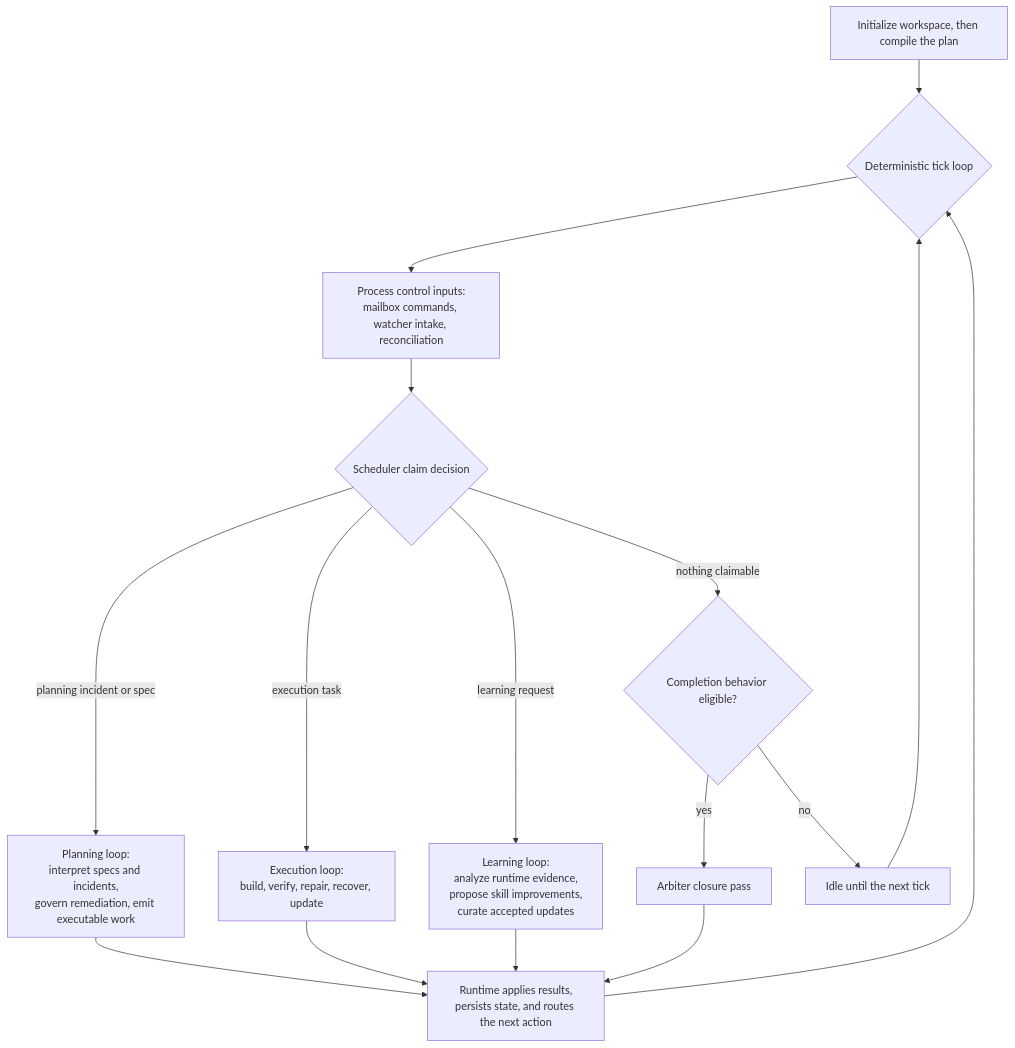
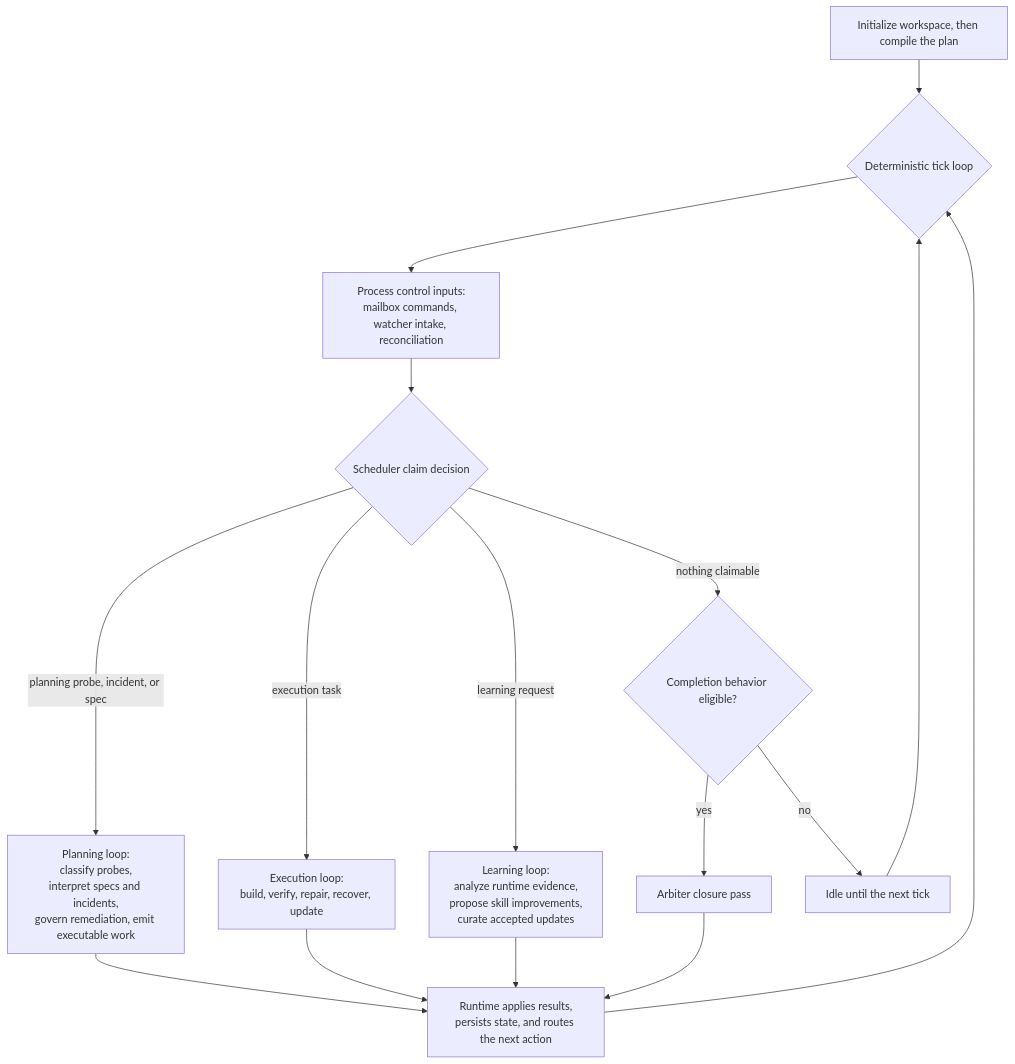
One commit to tim-osterhus/millrace changed the diagram in README.md. Above: the diagram before and after it, drawn with Mermaid. The commit also changed other lines of this file and 65 other files, not shown here.

````diff
--- a/README.md
+++ b/README.md
@@ -56,18 +56,18 @@
 ```mermaid
 flowchart TD
     A["Initialize workspace, then compile the plan"] --> B{"Deterministic tick loop"}
     B --> C["Process control inputs:<br/>mailbox commands, watcher intake, reconciliation"]
     C --> D{"Scheduler claim decision"}
-    D -- planning incident or spec --> E["Planning loop:<br/>interpret specs and incidents,<br/>govern remediation, emit executable work"]
+    D -- planning probe, incident, or spec --> E["Planning loop:<br/>classify probes,<br/>interpret specs and incidents,<br/>govern remediation, emit executable work"]
     D -- execution task --> F["Execution loop:<br/>build, verify, repair, recover, update"]
     D -- learning request --> K["Learning loop:<br/>analyze runtime evidence,<br/>propose skill improvements,<br/>curate accepted updates"]
     D -- nothing claimable --> G{"Completion behavior eligible?"}
     G -- yes --> H["Arbiter closure pass"]
     G -- no --> I["Idle until the next tick"]
     E --> J["Runtime applies results,<br/>persists state, and routes the next action"]
     F --> J
     K --> J
     H --> J
     J --> B
     I --> B
 ```
````
